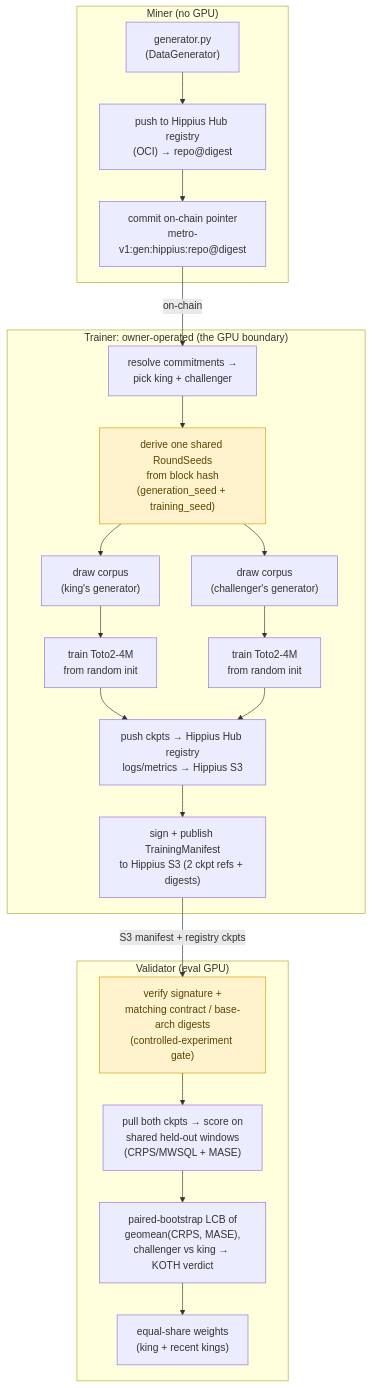
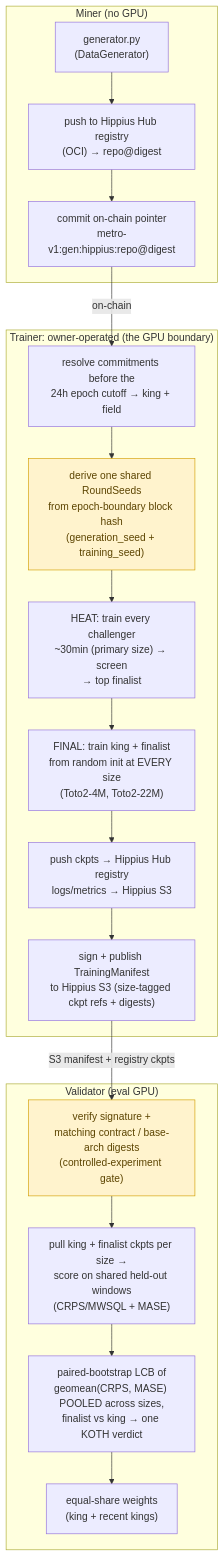
Before and after one commit to TensorLink-AI/cascade: the diagram in README.md, drawn with Mermaid. The commit also changed other lines of this file and 18 other files, not shown here.

First line of the commit message:
Move to a 24h round cadence with heat→final, two model sizes, one throne

````diff
--- a/README.md
+++ b/README.md
@@ -55,37 +55,33 @@
 ```mermaid
 flowchart TD
     subgraph miner["Miner (no GPU)"]
         gen["generator.py<br/>(DataGenerator)"]
         upload["push to Hippius Hub registry<br/>(OCI) → repo@digest"]
         commit["commit on-chain pointer<br/>metro-v1:gen:hippius:repo@digest"]
         gen --> upload --> commit
     end
 
     subgraph trainer["Trainer: owner-operated (the GPU boundary)"]
-        resolve["resolve commitments →<br/>pick king + challenger"]
-        seeds["derive one shared RoundSeeds<br/>from block hash<br/>(generation_seed + training_seed)"]
-        corpusK["draw corpus<br/>(king's generator)"]
-        corpusC["draw corpus<br/>(challenger's generator)"]
-        trainK["train Toto2-4M<br/>from random init"]
-        trainC["train Toto2-4M<br/>from random init"]
+        resolve["resolve commitments before the<br/>24h epoch cutoff → king + field"]
+        seeds["derive one shared RoundSeeds<br/>from epoch-boundary block hash<br/>(generation_seed + training_seed)"]
+        heat["HEAT: train every challenger<br/>~30min (primary size) → screen<br/>→ top finalist"]
+        trainK["FINAL: train king + finalist<br/>from random init at EVERY size<br/>(Toto2-4M, Toto2-22M)"]
         upK["push ckpts → Hippius Hub registry<br/>logs/metrics → Hippius S3"]
-        manifest["sign + publish TrainingManifest<br/>to Hippius S3 (2 ckpt refs + digests)"]
-        resolve --> seeds
-        seeds --> corpusK --> trainK --> upK --> manifest
-        seeds --> corpusC --> trainC --> upK
+        manifest["sign + publish TrainingManifest<br/>to Hippius S3 (size-tagged ckpt refs + digests)"]
+        resolve --> seeds --> heat --> trainK --> upK --> manifest
     end
 
     subgraph validator["Validator (eval GPU)"]
         gate["verify signature +<br/>matching contract / base-arch digests<br/>(controlled-experiment gate)"]
-        eval["pull both ckpts → score on<br/>shared held-out windows<br/>(CRPS/MWSQL + MASE)"]
-        koth["paired-bootstrap LCB of<br/>geomean(CRPS, MASE),<br/>challenger vs king → KOTH verdict"]
+        eval["pull king + finalist ckpts per size →<br/>score on shared held-out windows<br/>(CRPS/MWSQL + MASE)"]
+        koth["paired-bootstrap LCB of<br/>geomean(CRPS, MASE) POOLED across sizes,<br/>finalist vs king → one KOTH verdict"]
         weights["equal-share weights<br/>(king + recent kings)"]
         gate --> eval --> koth --> weights
     end
 
     commit -->|on-chain| resolve
     manifest -->|S3 manifest + registry ckpts| gate
 
     classDef invariant fill:#fff3cd,stroke:#d39e00,color:#5c4400;
     class seeds,gate invariant;
 ```
````
